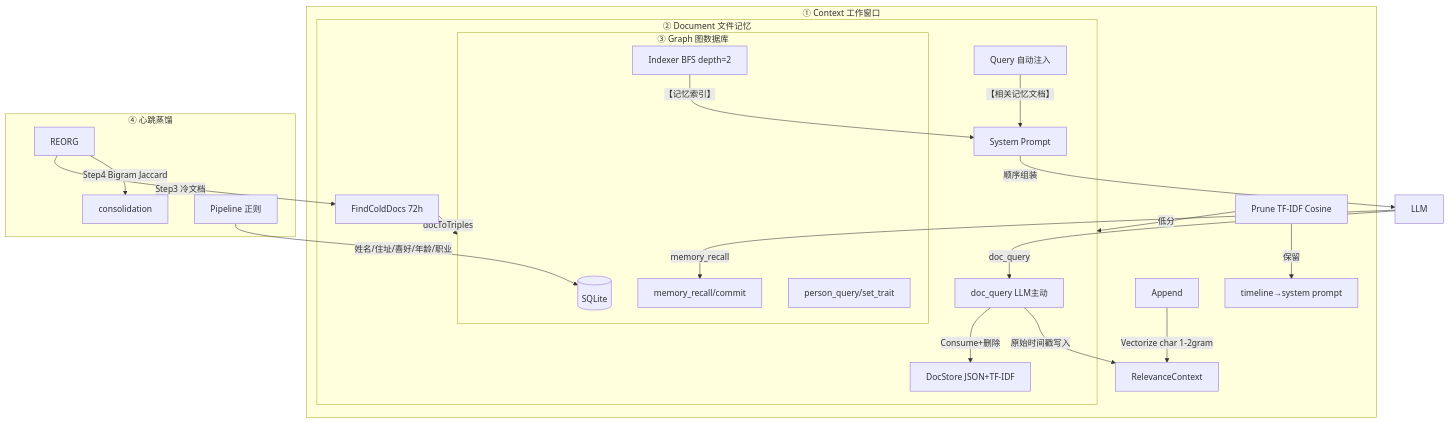
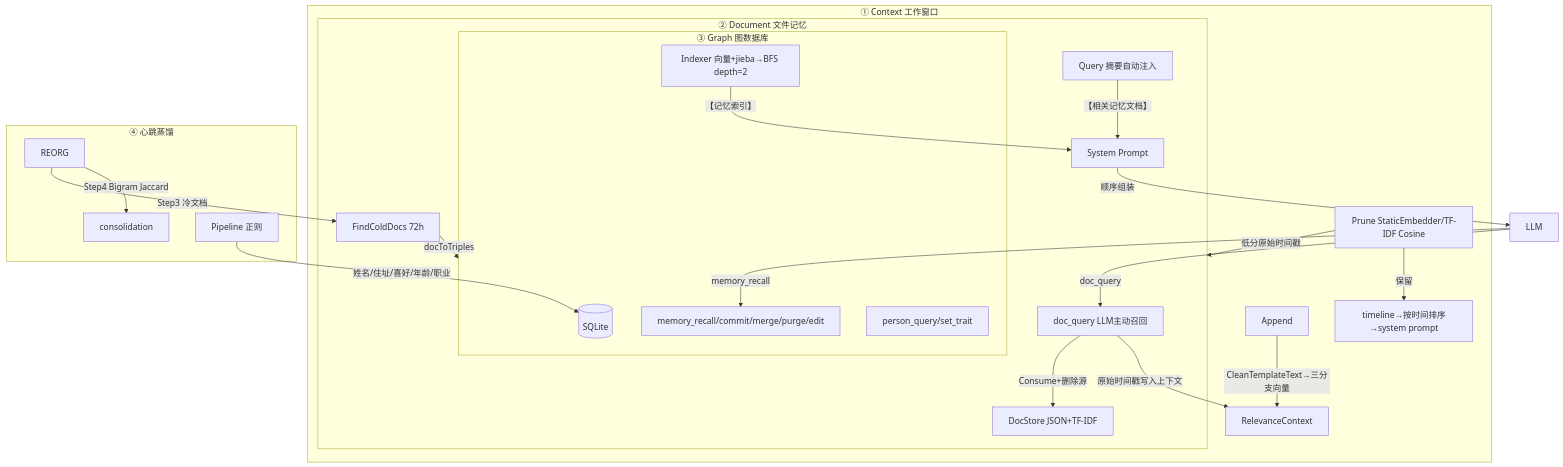
One commit to JianFeeeee/HomeAgent changed the third of 3 diagrams in README.md. Above: the diagram before and after it, drawn with Mermaid. The commit also changed other lines of this file and 5 other files, not shown here.

Commit message:
docs: update sequence diagram, memory flow, vectorization strategy for StaticEmbedder + CleanTemplateText + three-branch vector

````diff
--- a/README.md
+++ b/README.md
@@ -98,30 +98,30 @@
 ```mermaid
 flowchart TB
     subgraph C[① Context 工作窗口]
         RC[RelevanceContext]
-        A[Append] -->|Vectorize char 1-2gram| RC
-        P[Prune TF-IDF Cosine] -->|低分| D
-        P -->|保留| TL[timeline→system prompt]
+        A[Append] -->|CleanTemplateText→三分支向量| RC
+        P[Prune StaticEmbedder/TF-IDF Cosine] -->|低分原始时间戳| D
+        P -->|保留| TL[timeline→按时间排序→system prompt]
     end
     subgraph D[② Document 文件记忆]
         DS[DocStore JSON+TF-IDF]
-        Q1[Query 自动注入] -->|【相关记忆文档】| SP
-        Q2[doc_query LLM主动] -->|Consume+删除| DS
-        Q2 -->|原始时间戳写入| RC
+        Q1[Query 摘要自动注入] -->|【相关记忆文档】| SP
+        Q2[doc_query LLM主动召回] -->|Consume+删除源| DS
+        Q2 -->|原始时间戳写入上下文| RC
         CD[FindColdDocs 72h] -->|docToTriples| G
     end
     subgraph G[③ Graph 图数据库]
         DB[(SQLite)]
-        IDX[Indexer BFS depth=2] -->|【记忆索引】| SP
-        MEM[memory_recall/commit]
+        IDX[Indexer 向量+jieba→BFS depth=2] -->|【记忆索引】| SP
+        MEM[memory_recall/commit/merge/purge/edit]
         SOC[person_query/set_trait]
     end
     subgraph H[④ 心跳蒸馏]
         REORG -->|Step3 冷文档| CD
         REORG -->|Step4 Bigram Jaccard| CONS[consolidation]
         PIPE[Pipeline 正则] -->|姓名/住址/喜好/年龄/职业| DB
     end
     SP[System Prompt] -->|顺序组装| LLM
     LLM[LLM] -->|doc_query| Q2
     LLM -->|memory_recall| MEM
 ```
````
